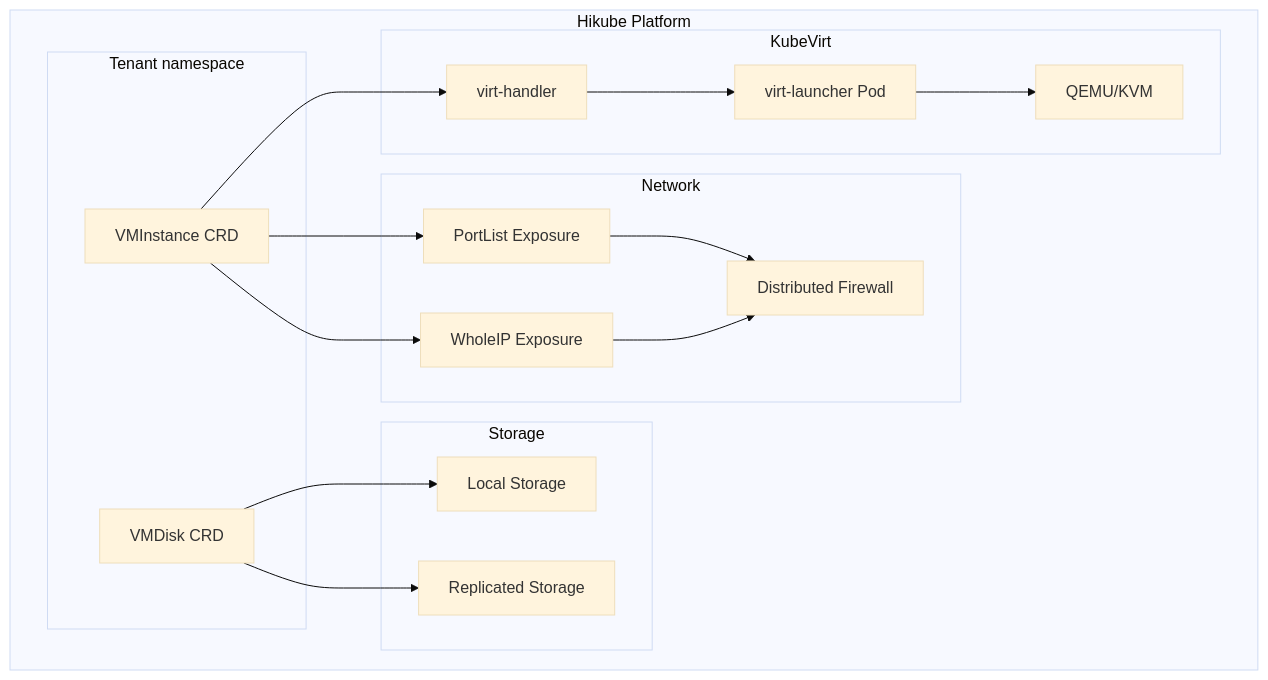
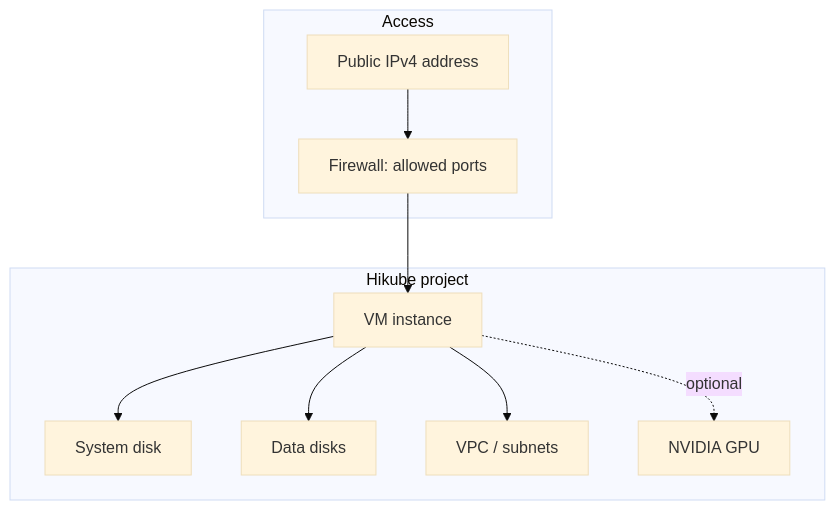
The first of 2 diagrams in i18n/en/docusaurus-plugin-content-docs/current/services/compute/concepts.md (HidoraSwiss/hikube-public-doc), drawn with Mermaid (base theme) before and after one commit. The commit also changed other lines of this file and 148 other files, not shown here.

````diff
--- a/i18n/en/docusaurus-plugin-content-docs/current/services/compute/concepts.md
+++ b/i18n/en/docusaurus-plugin-content-docs/current/services/compute/concepts.md
@@ -12,36 +12,21 @@
 ```mermaid
 graph TB
-    subgraph "Hikube Platform"
-        subgraph "Tenant namespace"
-            VMI[VMInstance CRD]
-            VMD[VMDisk CRD]
-        end
-
-        subgraph "KubeVirt"
-            VP[virt-handler]
-            VL[virt-launcher Pod]
-            QEMU[QEMU/KVM]
-        end
-
-        subgraph "Storage"
-            LS[Local Storage]
-            RS[Replicated Storage]
-        end
-
-        subgraph "Network"
-            PL[PortList Exposure]
-            WI[WholeIP Exposure]
-            FW[Distributed Firewall]
-        end
+    subgraph "Hikube project"
+        VM[VM instance]
+        SYS[System disk]
+        DATA[Data disks]
+        VPC[VPC / subnets]
+        GPU[NVIDIA GPU]
     end
 
-    VMI --> VP
-    VMD --> LS
-    VMD --> RS
-    VP --> VL
-    VL --> QEMU
-    VMI --> PL
-    VMI --> WI
-    PL --> FW
-    WI --> FW
+    subgraph "Access"
+        PUB[Public IPv4 address]
+        FW[Firewall: allowed ports]
+    end
+
+    VM --> SYS
+    VM --> DATA
+    VM --> VPC
+    VM -.optional.-> GPU
+    PUB --> FW --> VM
 ```
````
